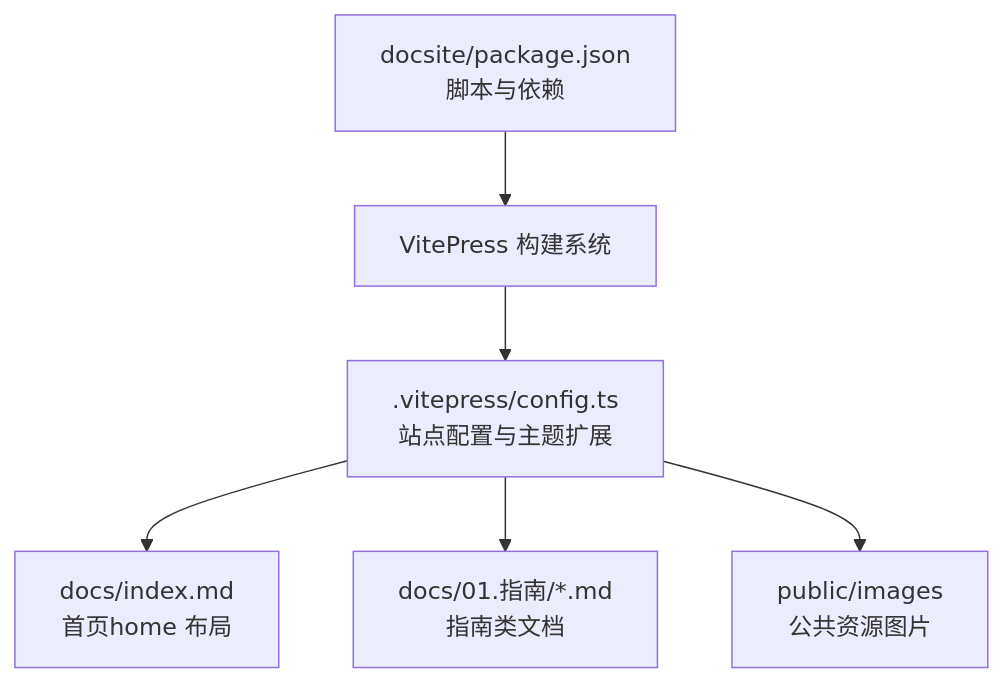
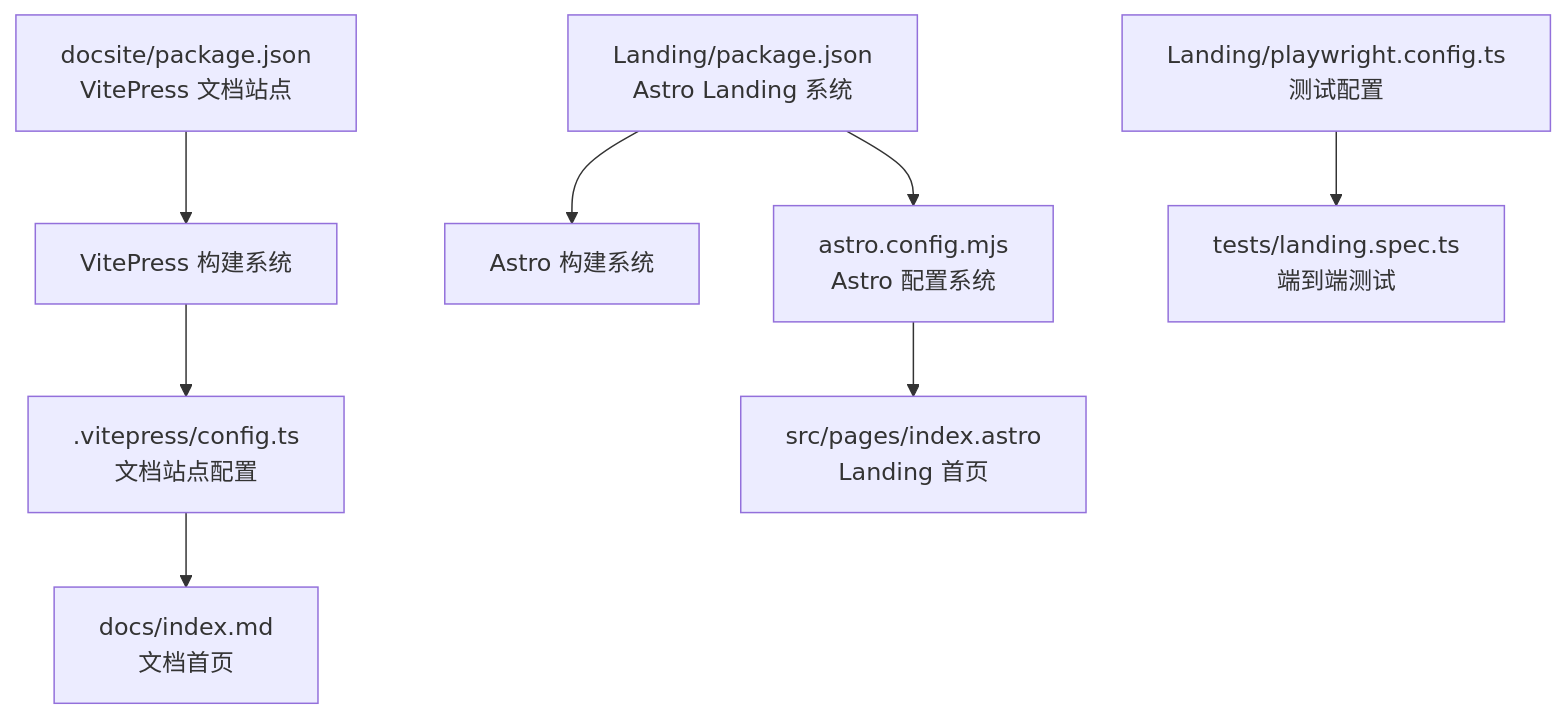
Before and after one commit to kqcoxn/MaaPipelineEditor: the first of 2 diagrams in .qoder/repowiki/zh/content/开发者指南/代码结构说明/文档站点架构.md, drawn with Mermaid. The commit also changed other lines of this file and 50 other files, not shown here.

````diff
--- a/.qoder/repowiki/zh/content/开发者指南/代码结构说明/文档站点架构.md
+++ b/.qoder/repowiki/zh/content/开发者指南/代码结构说明/文档站点架构.md
@@ -35,8 +60,10 @@
 ```mermaid
 graph TB
-A["docsite/package.json<br/>脚本与依赖"] --> B["VitePress 构建系统"]
-B --> C[".vitepress/config.ts<br/>站点配置与主题扩展"]
-C --> D["docs/index.md<br/>首页home 布局"]
-C --> E["docs/01.指南/*.md<br/>指南类文档"]
-C --> F["public/images<br/>公共资源图片"]
+A["docsite/package.json<br/>VitePress 文档站点"] --> B["VitePress 构建系统"]
+C["Landing/package.json<br/>Astro Landing 系统"] --> D["Astro 构建系统"]
+B --> E[".vitepress/config.ts<br/>文档站点配置"]
+C --> F["astro.config.mjs<br/>Astro 配置系统"]
+E --> G["docs/index.md<br/>文档首页"]
+F --> H["src/pages/index.astro<br/>Landing 首页"]
+I["Landing/playwright.config.ts<br/>测试配置"] --> J["tests/landing.spec.ts<br/>端到端测试"]
 ```
````
